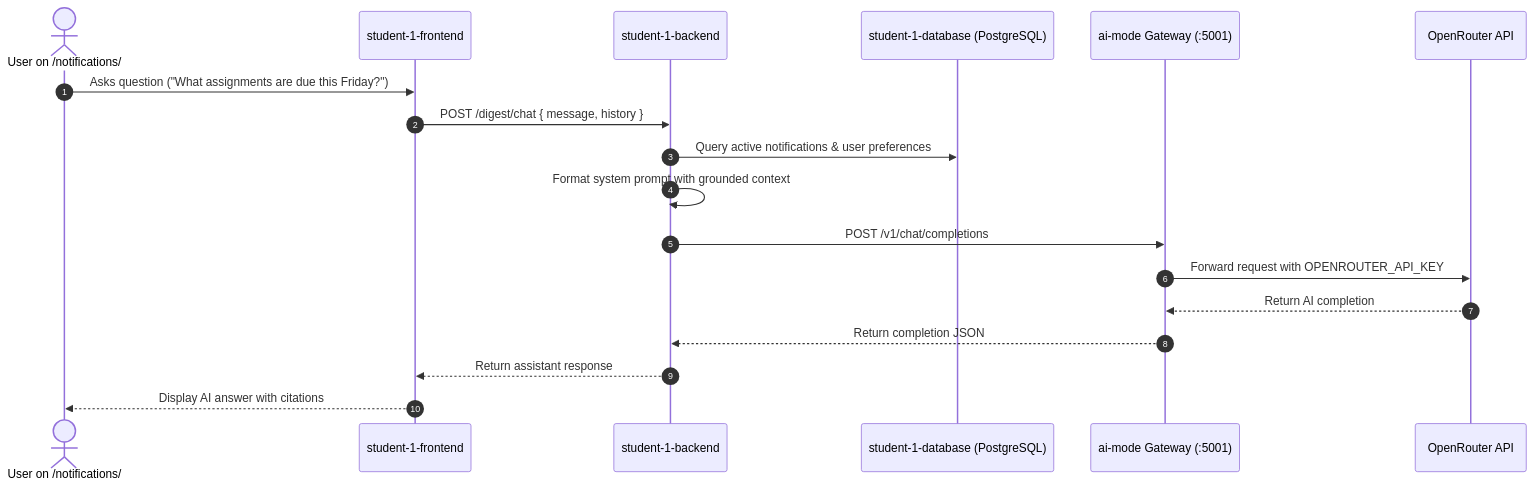
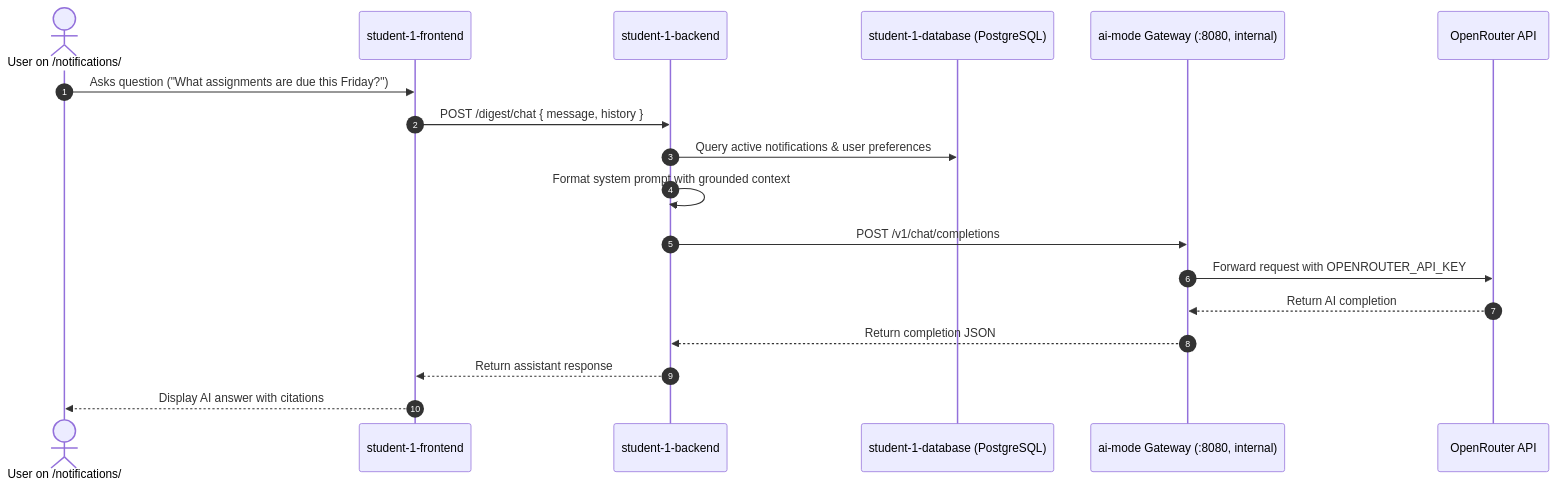
Before and after one commit to AmAComputerNerd/41026--software-development-project: the fourth of 7 diagrams in docs/architecture/data-flows.md, drawn with Mermaid. The commit also changed other lines of this file and 31 other files, not shown here.

````diff
--- a/docs/architecture/data-flows.md
+++ b/docs/architecture/data-flows.md
@@ -91,21 +91,21 @@
 ```mermaid
 sequenceDiagram
     autonumber
     actor User as User on /notifications/
     participant S1F as student-1-frontend
     participant S1B as student-1-backend
     participant DB as student-1-database (PostgreSQL)
-    participant AIM as ai-mode Gateway (:5001)
+    participant AIM as ai-mode Gateway (:8080, internal)
     participant OpenRouter as OpenRouter API
 
     User->>S1F: Asks question ("What assignments are due this Friday?")
     S1F->>S1B: POST /digest/chat { message, history }
     S1B->>DB: Query active notifications & user preferences
     S1B->>S1B: Format system prompt with grounded context
     S1B->>AIM: POST /v1/chat/completions
     AIM->>OpenRouter: Forward request with OPENROUTER_API_KEY
     OpenRouter-->>AIM: Return AI completion
     AIM-->>S1B: Return completion JSON
     S1B-->>S1F: Return assistant response
     S1F-->>User: Display AI answer with citations
 ```
````
